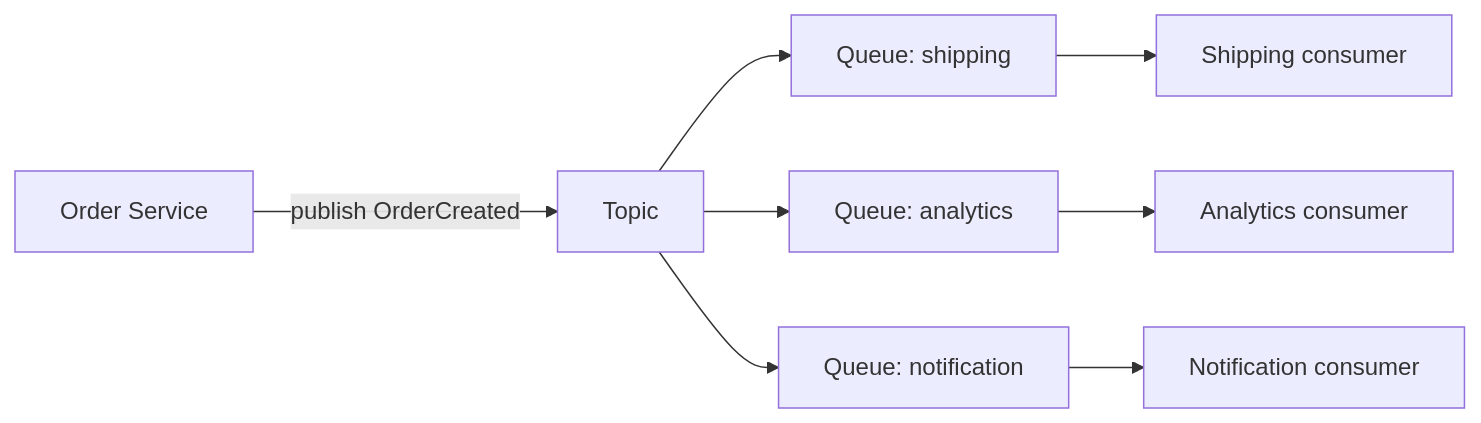
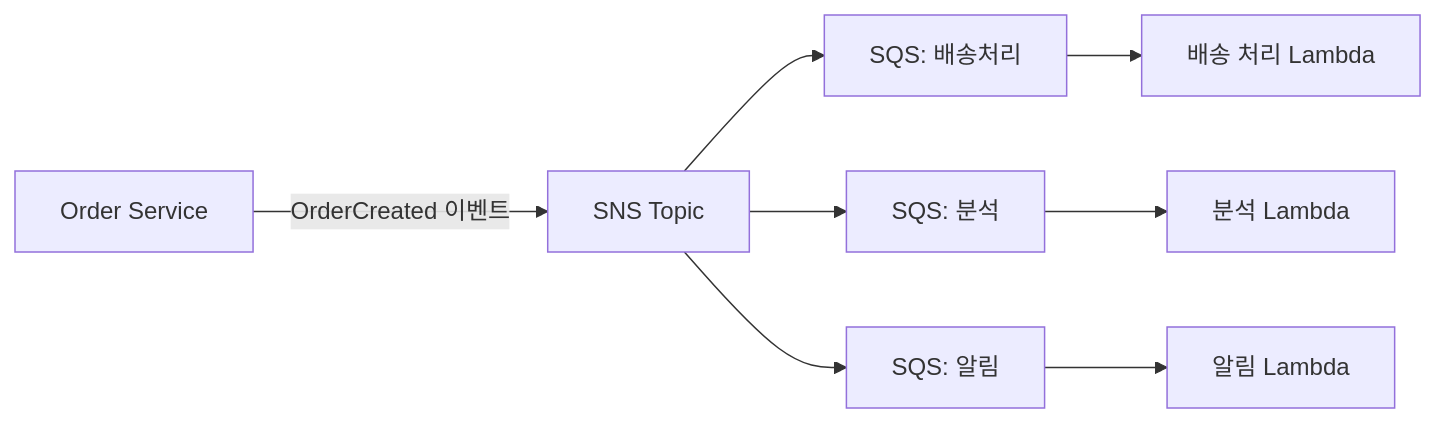
Before and after one commit to shinkeonkim/shinkeonkim.github.io: the third of 4 diagrams in src/content/wiki/cloud/aws-sns.mdx, drawn with Mermaid. The commit also changed other lines of this file and 526 other files, not shown here.

First line of the commit message:
content(wiki): 전수조사 및 대규모 보강 (짧은 파일 0, mermaid +645)

````diff
--- a/src/content/wiki/cloud/aws-sns.mdx
+++ b/src/content/wiki/cloud/aws-sns.mdx
@@ -67,10 +112,10 @@
 ```mermaid
 flowchart LR
-    Order[Order Service] -->|publish OrderCreated| Topic
-    Topic --> Q1[Queue: shipping]
-    Topic --> Q2[Queue: analytics]
-    Topic --> Q3[Queue: notification]
-    Q1 --> Shipping[Shipping consumer]
-    Q2 --> Analytics[Analytics consumer]
-    Q3 --> Notify[Notification consumer]
+    OrderSvc["Order Service"] -->|"OrderCreated 이벤트"| Topic["SNS Topic"]
+    Topic --> Q1["SQS: 배송처리"]
+    Topic --> Q2["SQS: 분석"]
+    Topic --> Q3["SQS: 알림"]
+    Q1 --> ShippingLambda["배송 처리 Lambda"]
+    Q2 --> AnalyticsLambda["분석 Lambda"]
+    Q3 --> NotifyLambda["알림 Lambda"]
 ```
````
